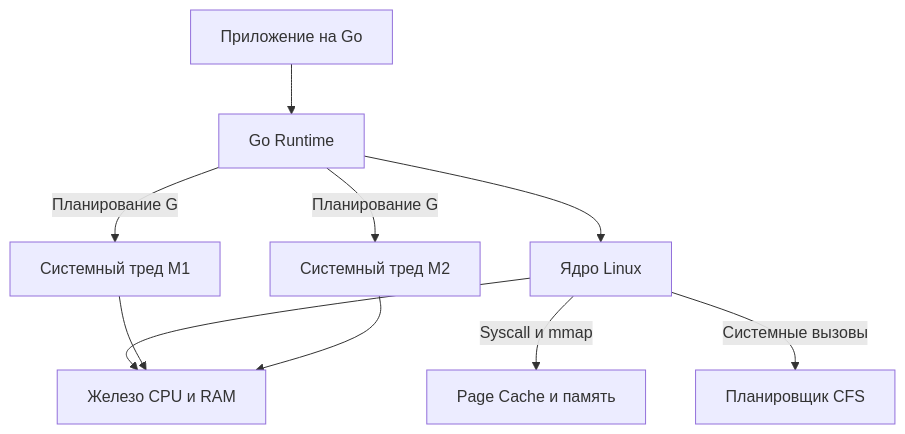
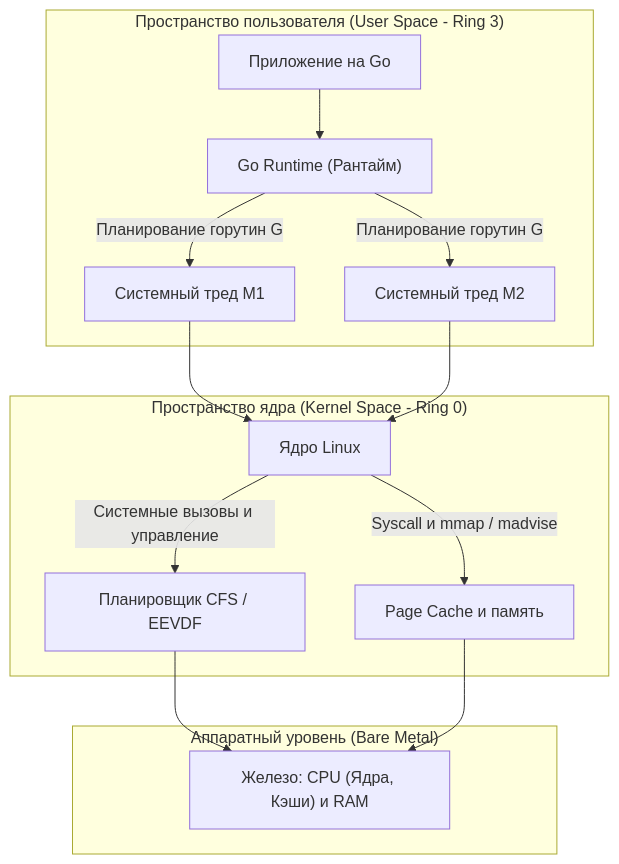
The diagram in sources/2. Устройство и работа ОС/1. Обзор раздела. Как устроена современная ОС и зачем это Go-разработчику.md (UnrealTemplier/go-textbook), drawn with Mermaid before and after one commit. The commit also changed other lines of this file, not shown here.

````diff
--- a/sources/2. Устройство и работа ОС/1. Обзор раздела. Как устроена современная ОС и зачем это Go-разработчику.md
+++ b/sources/2. Устройство и работа ОС/1. Обзор раздела. Как устроена современная ОС и зачем это Go-разработчику.md
@@ -63,12 +26,19 @@
 ```mermaid
 flowchart TD
-    A["Приложение на Go"] --> B["Go Runtime"]
-    B --> C["Ядро Linux"]
-    C --> D["Железо CPU и RAM"]
-    B -->|Планирование G|M1["Системный тред M1"]
-    B -->|Планирование G|M2["Системный тред M2"]
-    M1 --> D
-    M2 --> D
-    C -->|Syscall и mmap| C1["Page Cache и память"]
-    C -->|Системные вызовы| C2["Планировщик CFS"]
+    subgraph GoApp ["Пространство пользователя (User Space - Ring 3)"]
+        A["Приложение на Go"] --> B["Go Runtime (Рантайм)"]
+        B -->|Планирование горутин G| M1["Системный тред M1"]
+        B -->|Планирование горутин G| M2["Системный тред M2"]
+    end
+    
+    subgraph Kernel ["Пространство ядра (Kernel Space - Ring 0)"]
+        M1 & M2 --> C["Ядро Linux"]
+        C -->|Системные вызовы и управление| C2["Планировщик CFS / EEVDF"]
+        C -->|Syscall и mmap / madvise| C1["Page Cache и память"]
+    end
+    
+    subgraph HW ["Аппаратный уровень (Bare Metal)"]
+        C2 --> D["Железо: CPU (Ядра, Кэши) и RAM"]
+        C1 --> D
+    end
 ```
````
